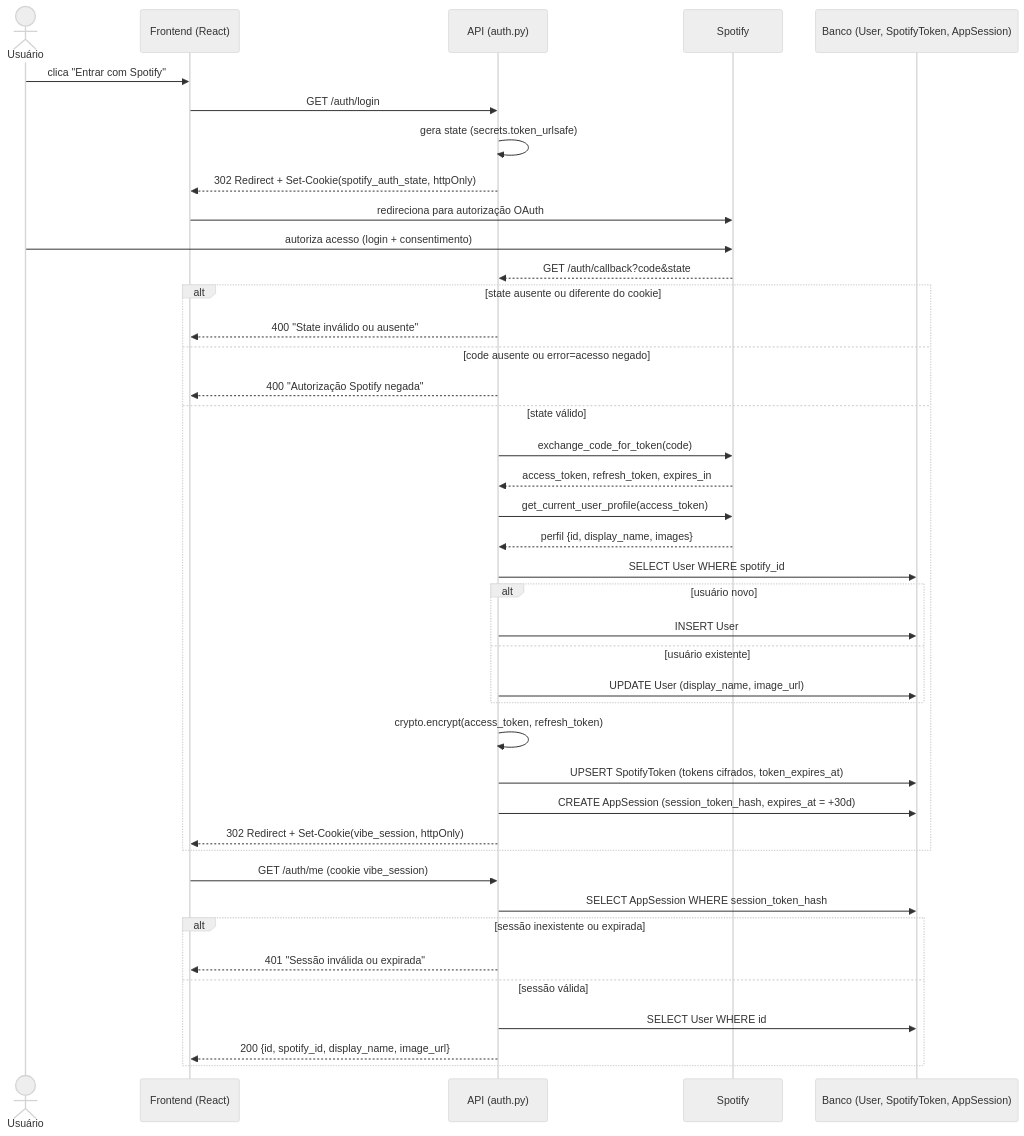
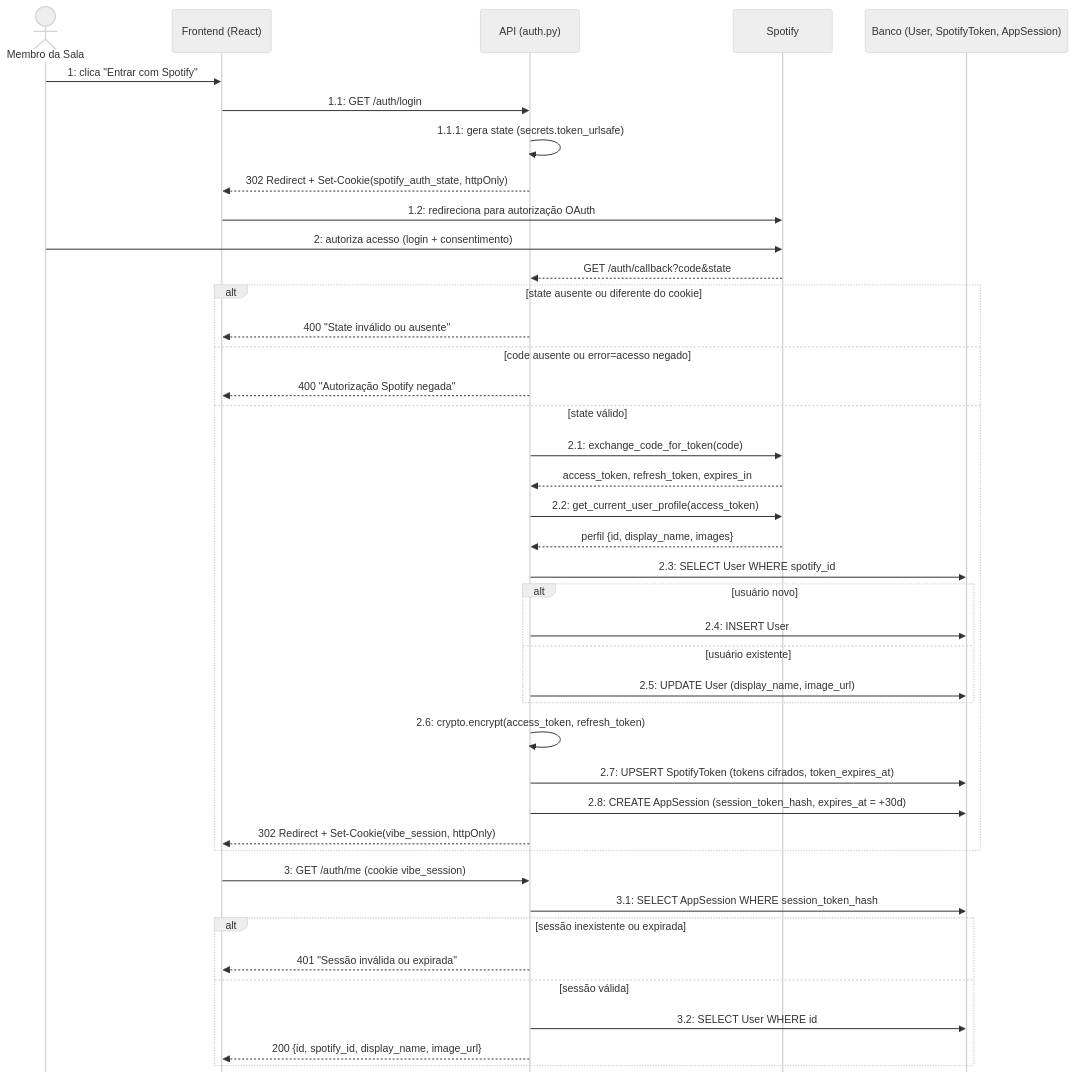
The diagram in diagrams/historias-usuario/01-autenticacao-spotify.md (micaeltoscano/group-music-recommender), drawn with Mermaid (neutral theme) before and after one commit. The commit also changed 7 other files, not shown here.

First line of the commit message:
fix(diagramas): remover rodape duplicado, alinhar atores ao .puml e numerar sequencias

````diff
--- a/diagrams/historias-usuario/01-autenticacao-spotify.md
+++ b/diagrams/historias-usuario/01-autenticacao-spotify.md
@@ -5,46 +5,47 @@
 ```mermaid
+%%{init: {'sequence': {'mirrorActors': false}}}%%
 sequenceDiagram
-    actor Usuario as Usuário
+    actor Membro as Membro da Sala
     participant Frontend as Frontend (React)
     participant API as API (auth.py)
     participant Spotify as Spotify
     participant DB as Banco (User, SpotifyToken, AppSession)
 
-    Usuario->>Frontend: clica "Entrar com Spotify"
-    Frontend->>API: GET /auth/login
-    API->>API: gera state (secrets.token_urlsafe)
+    Membro->>Frontend: 1: clica "Entrar com Spotify"
+    Frontend->>API: 1.1: GET /auth/login
+    API->>API: 1.1.1: gera state (secrets.token_urlsafe)
     API-->>Frontend: 302 Redirect + Set-Cookie(spotify_auth_state, httpOnly)
-    Frontend->>Spotify: redireciona para autorização OAuth
-    Usuario->>Spotify: autoriza acesso (login + consentimento)
+    Frontend->>Spotify: 1.2: redireciona para autorização OAuth
+    Membro->>Spotify: 2: autoriza acesso (login + consentimento)
     Spotify-->>API: GET /auth/callback?code&state
 
     alt state ausente ou diferente do cookie
         API-->>Frontend: 400 "State inválido ou ausente"
     else code ausente ou error=acesso negado
         API-->>Frontend: 400 "Autorização Spotify negada"
     else state válido
-        API->>Spotify: exchange_code_for_token(code)
+        API->>Spotify: 2.1: exchange_code_for_token(code)
         Spotify-->>API: access_token, refresh_token, expires_in
-        API->>Spotify: get_current_user_profile(access_token)
+        API->>Spotify: 2.2: get_current_user_profile(access_token)
         Spotify-->>API: perfil {id, display_name, images}
-        API->>DB: SELECT User WHERE spotify_id
+        API->>DB: 2.3: SELECT User WHERE spotify_id
         alt usuário novo
-            API->>DB: INSERT User
+            API->>DB: 2.4: INSERT User
         else usuário existente
-            API->>DB: UPDATE User (display_name, image_url)
+            API->>DB: 2.5: UPDATE User (display_name, image_url)
         end
-        API->>API: crypto.encrypt(access_token, refresh_token)
-        API->>DB: UPSERT SpotifyToken (tokens cifrados, token_expires_at)
-        API->>DB: CREATE AppSession (session_token_hash, expires_at = +30d)
+        API->>API: 2.6: crypto.encrypt(access_token, refresh_token)
+        API->>DB: 2.7: UPSERT SpotifyToken (tokens cifrados, token_expires_at)
+        API->>DB: 2.8: CREATE AppSession (session_token_hash, expires_at = +30d)
         API-->>Frontend: 302 Redirect + Set-Cookie(vibe_session, httpOnly)
     end
 
-    Frontend->>API: GET /auth/me (cookie vibe_session)
-    API->>DB: SELECT AppSession WHERE session_token_hash
+    Frontend->>API: 3: GET /auth/me (cookie vibe_session)
+    API->>DB: 3.1: SELECT AppSession WHERE session_token_hash
     alt sessão inexistente ou expirada
         API-->>Frontend: 401 "Sessão inválida ou expirada"
     else sessão válida
-        API->>DB: SELECT User WHERE id
+        API->>DB: 3.2: SELECT User WHERE id
         API-->>Frontend: 200 {id, spotify_id, display_name, image_url}
     end
 ```
````
